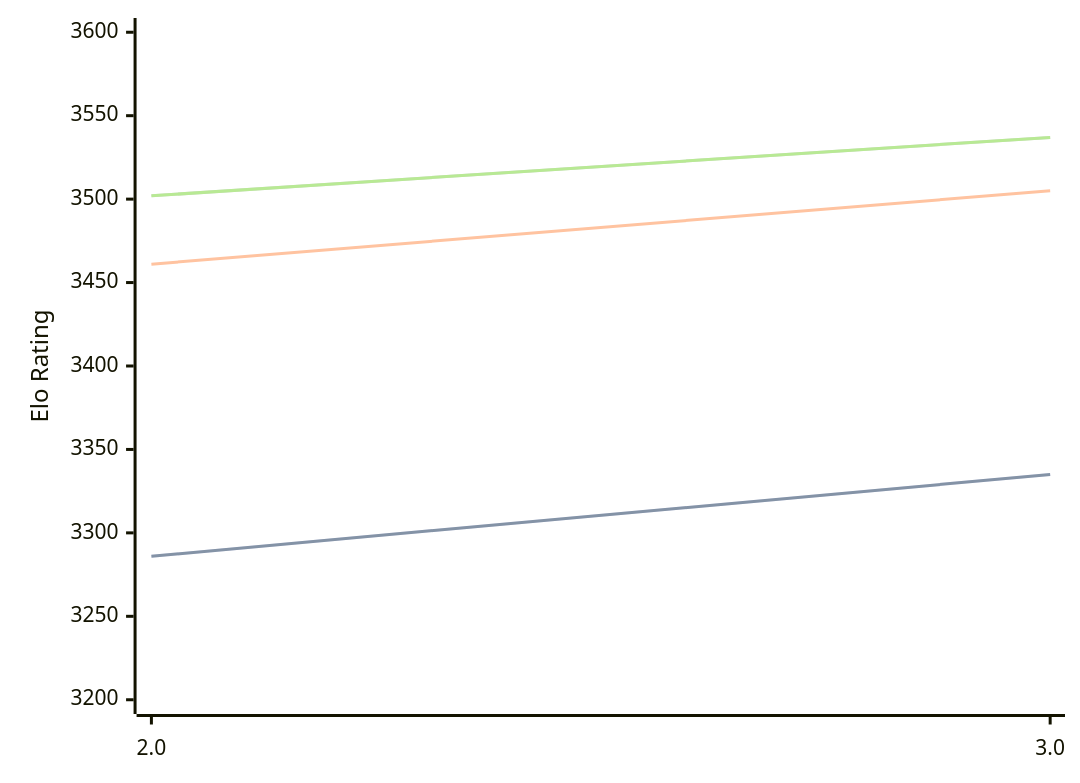
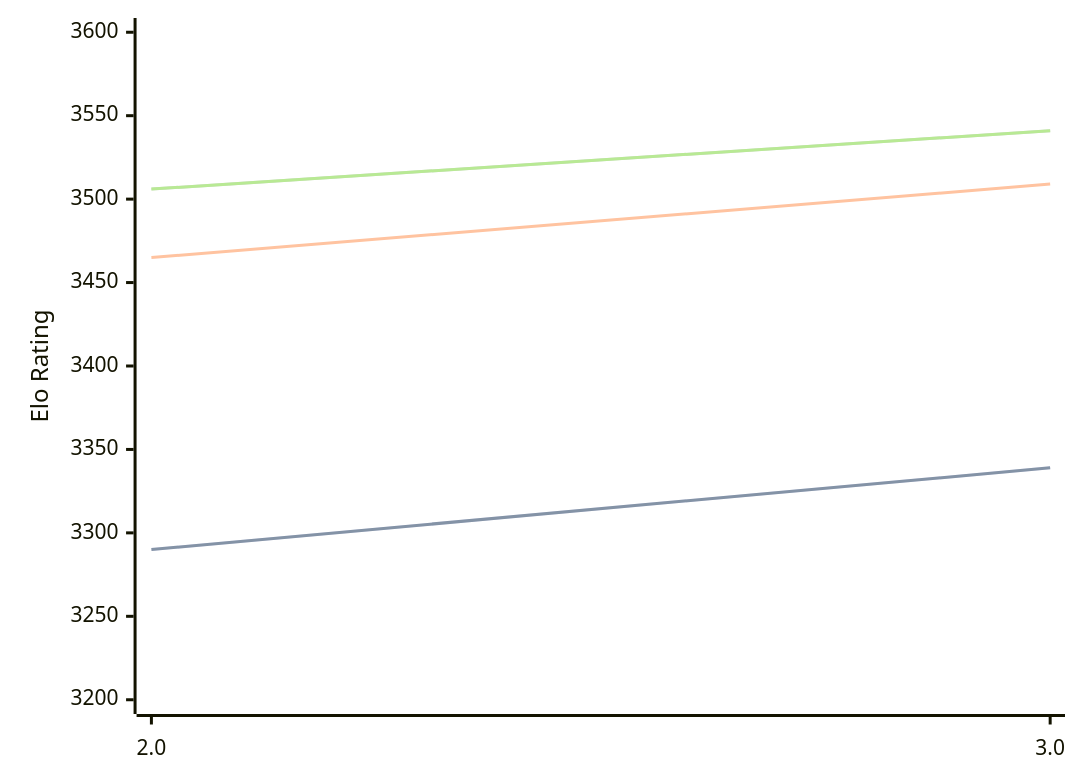
One commit to computer-chess-index/cci changed the diagram in engines/Quanticade.md. Above: the diagram before and after it, drawn with Mermaid. The commit also changed other lines of this file, not shown here.

Commit message:
Update CCI Ratings (ELO VLTC) - 2026-08-18

````diff
--- a/engines/Quanticade.md
+++ b/engines/Quanticade.md
@@ -32,11 +32,11 @@
 ```mermaid
 %%{init: {"theme":"base","themeVariables":{"seriesColors:['#a3a3a3','#222221','#faa371']}}}%%
 xychart-beta
   x-axis ["2.0", "3.0"]
   y-axis "Elo Rating" 3200 --> 3600
-  line "STC (8.0+0.08s)" [3286, 3335]
-  line "STC (8.0+0.08s)" [3286, 3335]
-  line "LTC (60.0+0.60s)" [3461, 3505]
-  line "VLTC (2m24s+1.12s)" [3502, 3537]
-  line "VLTC (2m24s+1.12s)" [3502, 3537]
+  line "STC (8.0+0.08s)" [3290, 3339]
+  line "STC (8.0+0.08s)" [3290, 3339]
+  line "LTC (60.0+0.60s)" [3465, 3509]
+  line "VLTC (2m24s+1.12s)" [3506, 3541]
+  line "VLTC (2m24s+1.12s)" [3506, 3541]
 ```
````
